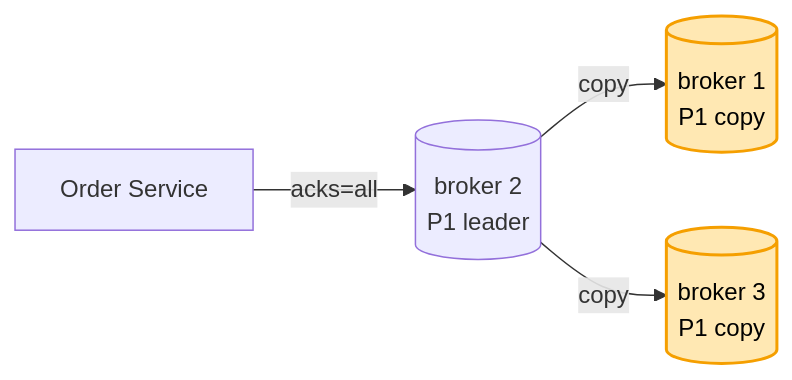
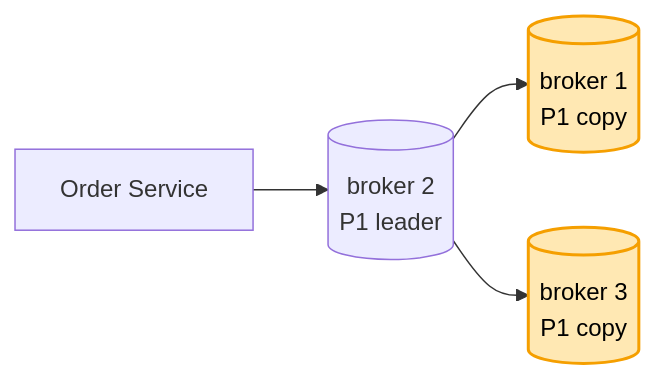
One commit to ArpanMaheshwari144/Prep changed the sixth of 8 diagrams in 04_HLD/SYSTEM_DESIGNS/12_message_queue_kafka/KAFKA_HAND_NOTES.md. Above: the diagram before and after it, drawn with Mermaid. The commit also changed other lines of this file and 1 other file, not shown here.

Commit message:
HLD kafka: notes dobara (chhoti kahani lines) + 3 cross-Q dono file me (lag 7 din, min.insync pe order, SMS company band = breaker) + diagram saaf

````diff
--- a/04_HLD/SYSTEM_DESIGNS/12_message_queue_kafka/KAFKA_HAND_NOTES.md
+++ b/04_HLD/SYSTEM_DESIGNS/12_message_queue_kafka/KAFKA_HAND_NOTES.md
@@ -145,8 +133,8 @@
 ```mermaid
 flowchart LR
-    O["Order Service"] -- "acks=all" --> L[("broker 2<br/>P1 leader")]
-    L -- "copy" --> A[("broker 1<br/>P1 copy")]
-    L -- "copy" --> C[("broker 3<br/>P1 copy")]
+    O["Order Service"] --> L[("broker 2<br/>P1 leader")]
+    L --> A[("broker 1<br/>P1 copy")]
+    L --> C[("broker 3<br/>P1 copy")]
     style A fill:#ffe8b3,stroke:#f59f00,stroke-width:2px,color:#000
     style C fill:#ffe8b3,stroke:#f59f00,stroke-width:2px,color:#000
 ```
````
